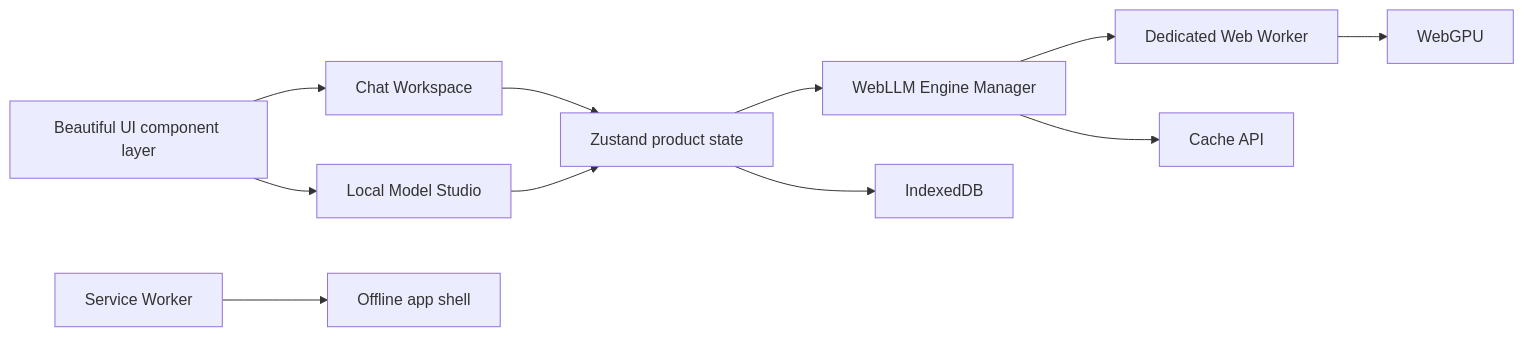
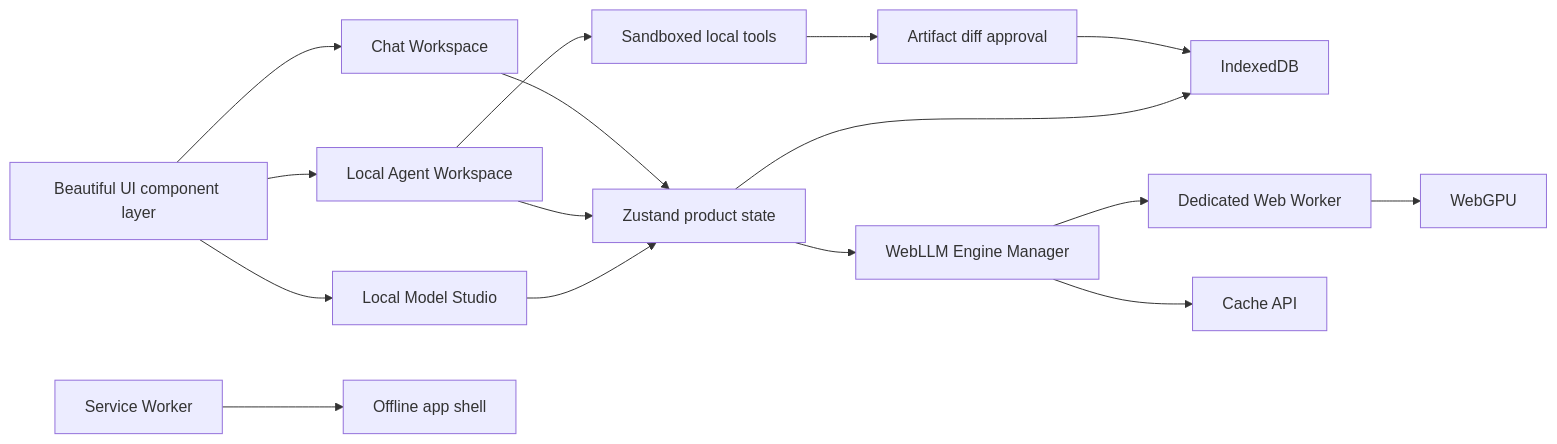
One commit to Ryan-yang125/ChatLLM-Web changed the diagram in README.md. Above: the diagram before and after it, drawn with Mermaid. The commit also changed other lines of this file and 27 other files, not shown here.

Commit message:
feat: ship v3.2 local agent workspace (#24)

````diff
--- a/README.md
+++ b/README.md
@@ -143,13 +167,18 @@
 ```mermaid
 flowchart LR
   UI[Beautiful UI component layer] --> Chat[Chat Workspace]
+  UI --> Agent[Local Agent Workspace]
   UI --> Studio[Local Model Studio]
   Chat --> Store[Zustand product state]
+  Agent --> Store
+  Agent --> Tools[Sandboxed local tools]
+  Tools --> Approval[Artifact diff approval]
+  Approval --> IDB
   Studio --> Store
   Store --> Engine[WebLLM Engine Manager]
   Engine --> Worker[Dedicated Web Worker]
   Worker --> GPU[WebGPU]
   Store --> IDB[IndexedDB]
   Engine --> Cache[Cache API]
   PWA[Service Worker] --> Shell[Offline app shell]
 ```
````
